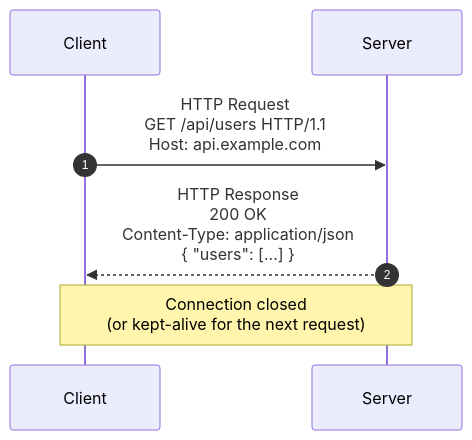
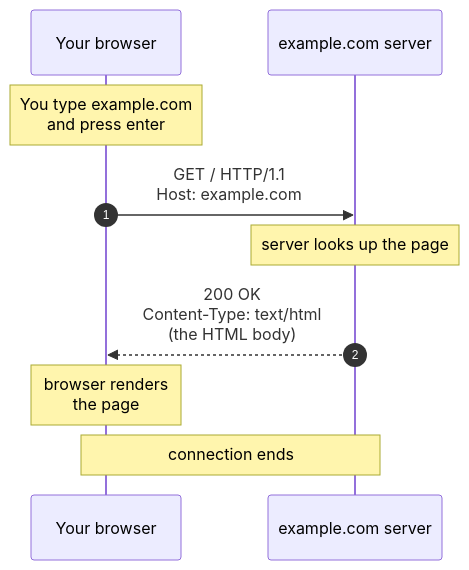
The first of 2 diagrams in concepts/01_http_fundamentals.md (fnusatvik07/real-time-events), drawn with Mermaid before and after one commit. The commit also changed other lines of this file and 7 other files, not shown here.

````diff
--- a/concepts/01_http_fundamentals.md
+++ b/concepts/01_http_fundamentals.md
@@ -11,9 +32,12 @@
 ```mermaid
 sequenceDiagram
     autonumber
-    participant C as Client
-    participant S as Server
-    C->>S: HTTP Request<br/>GET /api/users HTTP/1.1<br/>Host: api.example.com
-    S-->>C: HTTP Response<br/>200 OK<br/>Content-Type: application/json<br/>{ "users": [...] }
-    Note over C,S: Connection closed<br/>(or kept-alive for the next request)
+    participant C as Your browser
+    participant S as example.com server
+    Note over C: You type example.com<br/>and press enter
+    C->>S: GET / HTTP/1.1<br/>Host: example.com
+    Note over S: server looks up the page
+    S-->>C: 200 OK<br/>Content-Type: text/html<br/>(the HTML body)
+    Note over C: browser renders<br/>the page
+    Note over C,S: connection ends
 ```
````
